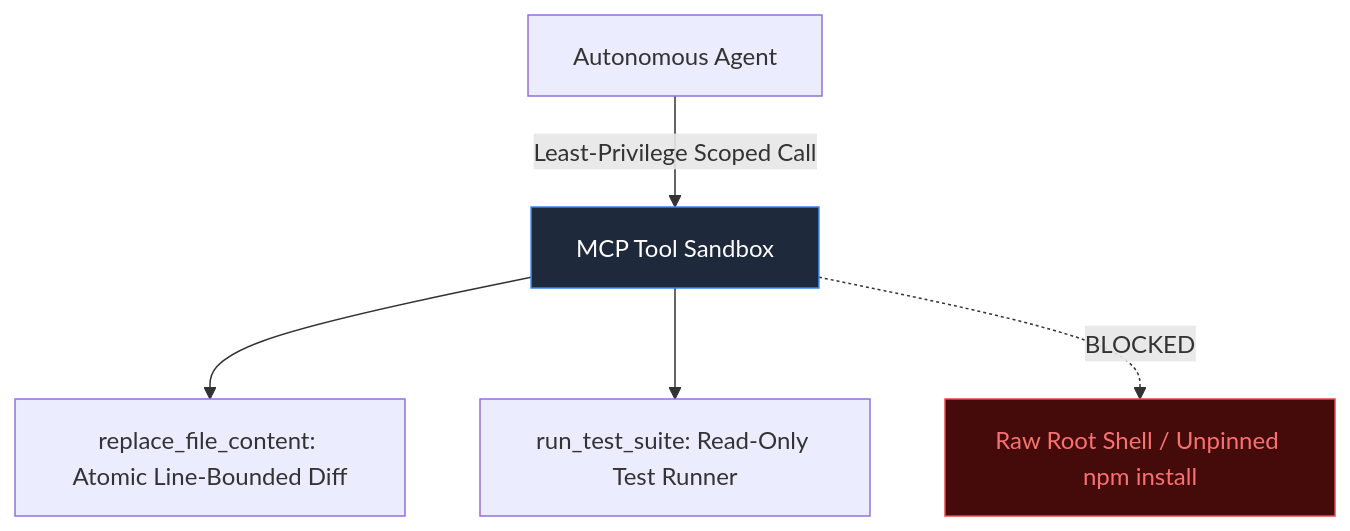
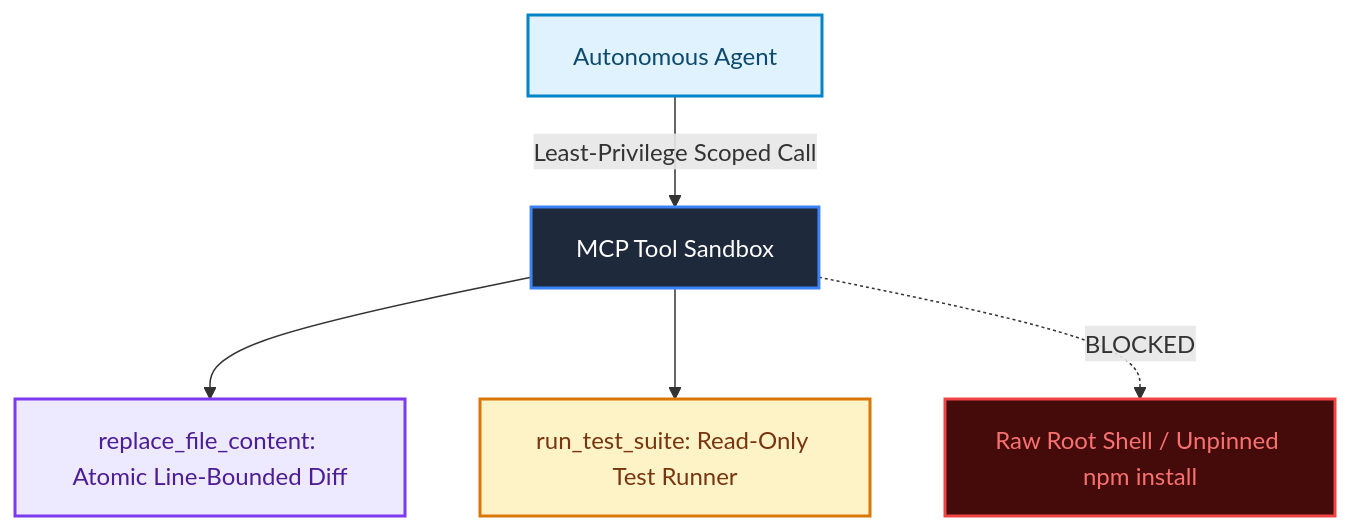
Before and after one commit to akmalkhaniub/akmalkhaniub.github.io: the second of 2 diagrams in blog/posts/how-to-tame-your-agents-deterministic-ai-engineering-strategies.md, drawn with Mermaid. The commit also changed other lines of this file and 1291 other files, not shown here.

First line of the commit message:
feat(catalog): unique covers, scholarly references, and diagram palettes

````diff
--- a/blog/posts/how-to-tame-your-agents-deterministic-ai-engineering-strategies.md
+++ b/blog/posts/how-to-tame-your-agents-deterministic-ai-engineering-strategies.md
@@ -97,10 +108,21 @@
 ```mermaid
 flowchart TD
-  Agent[Autonomous Agent] -->|Least-Privilege Scoped Call| Sandbox[MCP Tool Sandbox]
-  Sandbox --> ToolA[replace_file_content: Atomic Line-Bounded Diff]
-  Sandbox --> ToolB[run_test_suite: Read-Only Test Runner]
-  Sandbox -.->|BLOCKED| Dangerous[Raw Root Shell / Unpinned npm install]
+  Agent["Autonomous Agent"] -->|Least-Privilege Scoped Call| Sandbox["MCP Tool Sandbox"]
+  Sandbox --> ToolA["replace_file_content: Atomic Line-Bounded Diff"]
+  Sandbox --> ToolB["run_test_suite: Read-Only Test Runner"]
+  Sandbox -.->|BLOCKED| Dangerous["Raw Root Shell / Unpinned npm install"]
   
   style Sandbox fill:#1e293b,stroke:#3b82f6,color:#ffffff
   style Dangerous fill:#450a0a,stroke:#ef4444,color:#f87171
+
+classDef green fill:#dcfce7,stroke:#16a34a,stroke-width:2px,color:#14532d;
+classDef red fill:#fee2e2,stroke:#dc2626,stroke-width:2px,color:#7f1d1d;
+classDef blue fill:#e0f2fe,stroke:#0284c7,stroke-width:2px,color:#0c4a6e;
+classDef yellow fill:#fef3c7,stroke:#d97706,stroke-width:2px,color:#78350f;
+classDef purple fill:#ede9fe,stroke:#7c3aed,stroke-width:2px,color:#4c1d95;
+class Agent blue
+class Sandbox green
+class ToolA purple
+class ToolB yellow
+class Dangerous red
 ```
````
